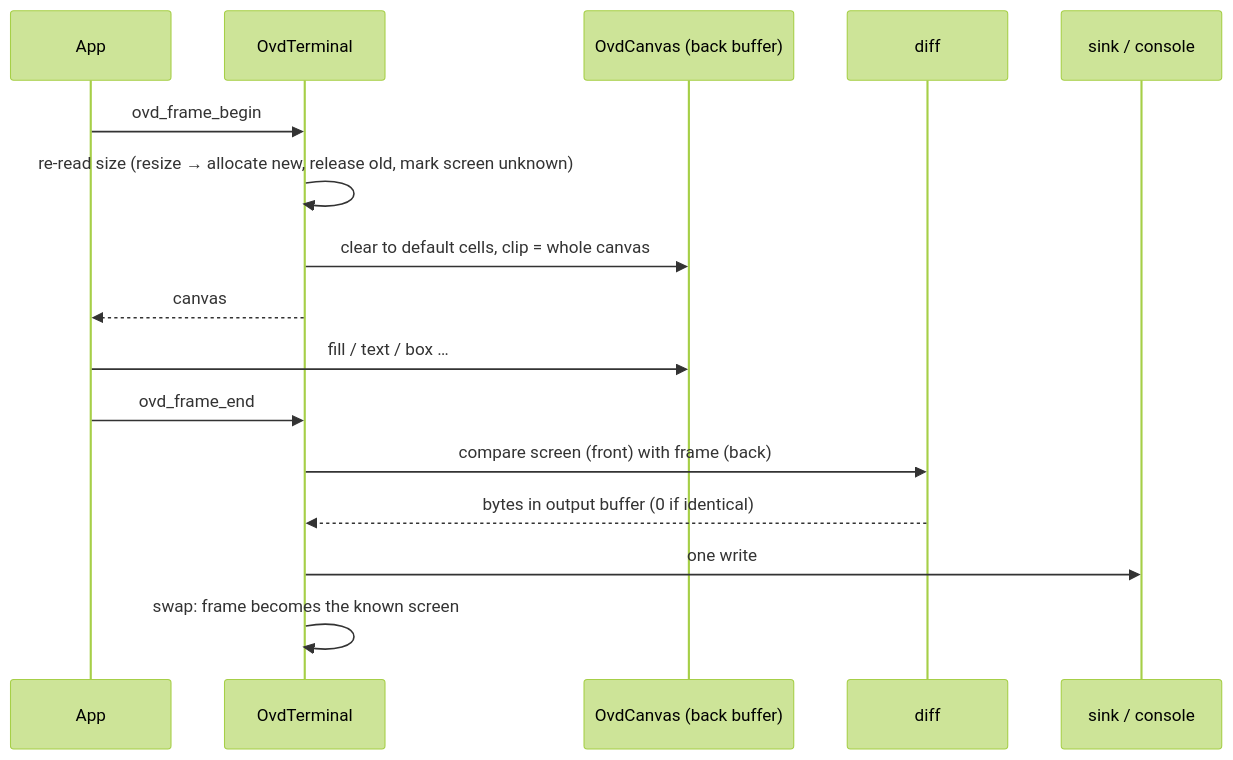
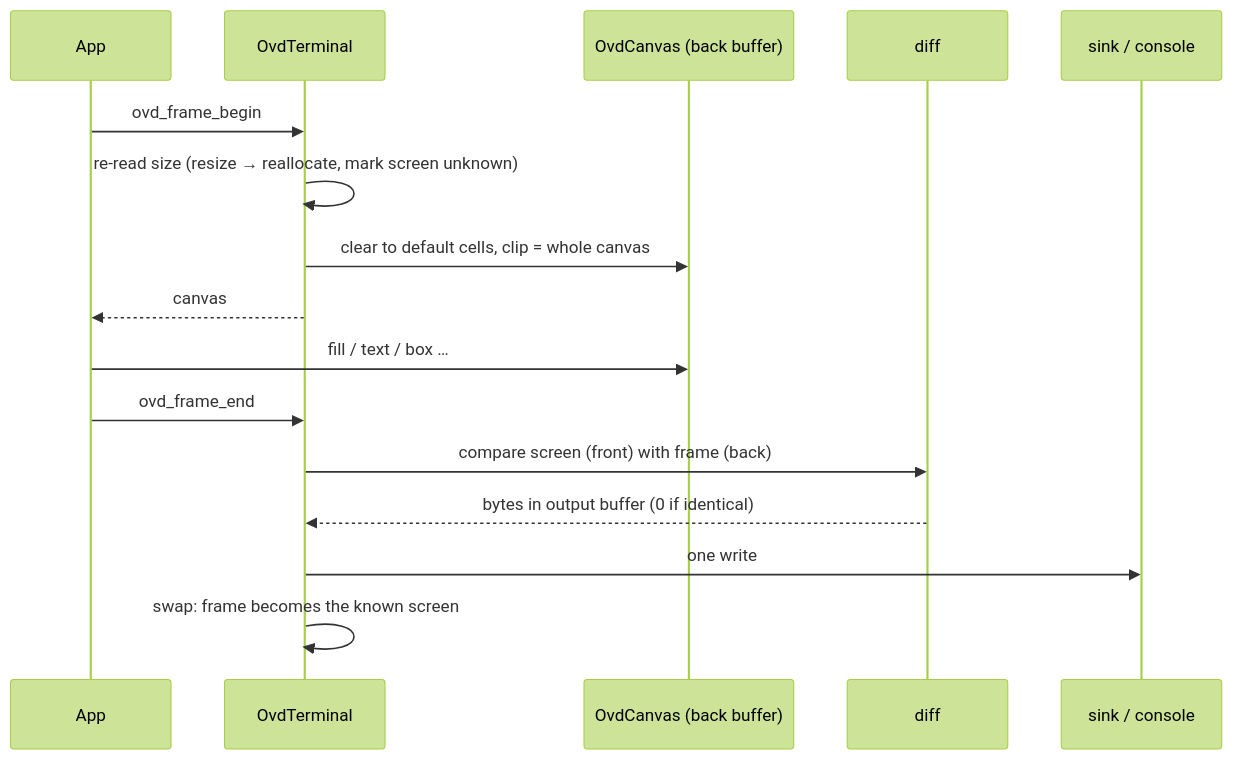
One commit to AEtherForge-Zero-Labs/overdrive changed the second of 2 diagrams in docs/architecture.md. Above: the diagram before and after it, drawn with Mermaid (forest theme). The commit also changed other lines of this file and 6 other files, not shown here.

````diff
--- a/docs/architecture.md
+++ b/docs/architecture.md
@@ -43,18 +43,18 @@
 ```mermaid
 sequenceDiagram
     participant App
     participant T as OvdTerminal
     participant C as OvdCanvas (back buffer)
     participant D as diff
     participant S as sink / console
     App->>T: ovd_frame_begin
-    T->>T: re-read size (resize → allocate new, release old, mark screen unknown)
+    T->>T: re-read size (resize → reallocate, mark screen unknown)
     T->>C: clear to default cells, clip = whole canvas
     T-->>App: canvas
     App->>C: fill / text / box …
     App->>T: ovd_frame_end
     T->>D: compare screen (front) with frame (back)
     D-->>T: bytes in output buffer (0 if identical)
     T->>S: one write
     T->>T: swap: frame becomes the known screen
 ```
````
